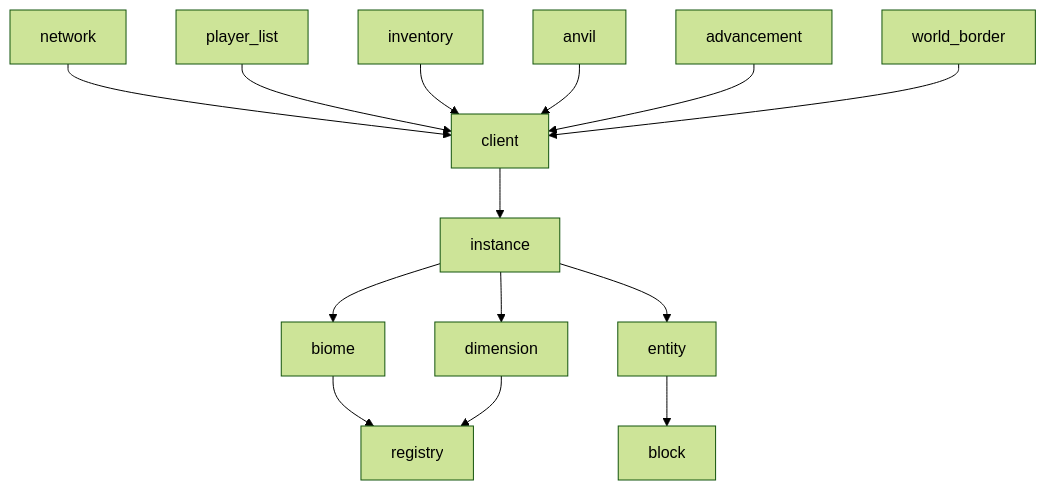
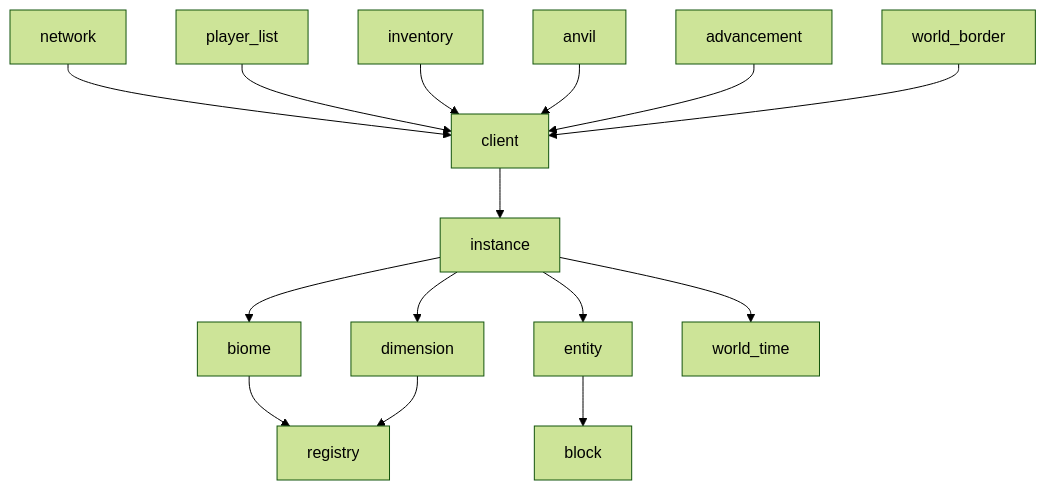
The diagram in crates/README.md (valence-rs/valence), drawn with Mermaid (forest theme) before and after one commit. The commit also changed 7 other files, not shown here.

Commit message:
Move world time into it's own crate

````diff
--- a/crates/README.md
+++ b/crates/README.md
@@ -11,16 +11,17 @@
 ```mermaid
 graph TD
   	network --> client
 	client --> instance
 	biome --> registry
 	dimension --> registry
 	instance --> biome
 	instance --> dimension
 	instance --> entity
+	instance --> world_time
 	player_list --> client
 	inventory --> client
 	anvil --> client
 	entity --> block
 	advancement --> client
 	world_border --> client
 ```
````
